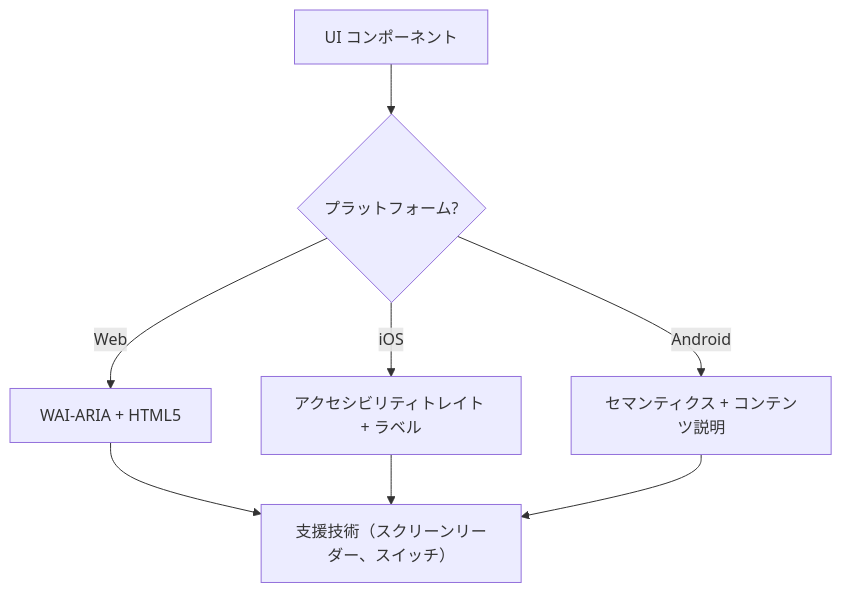
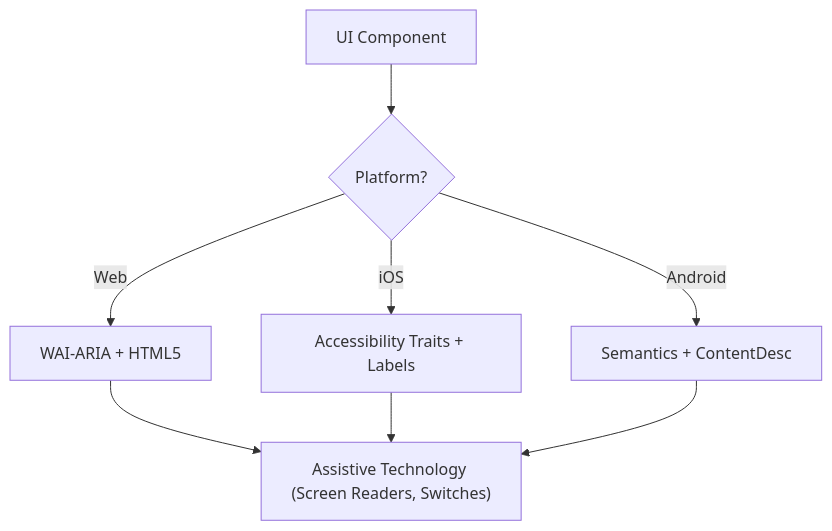
One commit to JackeyBerumotto/dsh-skillsshare changed the diagram in skills/affaan-m-ECC/accessibility/SKILL.md. Above: the diagram before and after it, drawn with Mermaid. The commit also changed other lines of this file and 392 other files, not shown here.

````diff
--- a/skills/affaan-m-ECC/accessibility/SKILL.md
+++ b/skills/affaan-m-ECC/accessibility/SKILL.md
@@ -57,11 +59,11 @@
 ```mermaid
 flowchart TD
-  UI["UI コンポーネント"] --> Platform{プラットフォーム?}
+  UI["UI Component"] --> Platform{Platform?}
   Platform -->|Web| ARIA["WAI-ARIA + HTML5"]
-  Platform -->|iOS| SwiftUI["アクセシビリティトレイト + ラベル"]
-  Platform -->|Android| Compose["セマンティクス + コンテンツ説明"]
+  Platform -->|iOS| SwiftUI["Accessibility Traits + Labels"]
+  Platform -->|Android| Compose["Semantics + ContentDesc"]
 
-  ARIA --> AT["支援技術（スクリーンリーダー、スイッチ）"]
+  ARIA --> AT["Assistive Technology (Screen Readers, Switches)"]
   SwiftUI --> AT
   Compose --> AT
 ```
````
